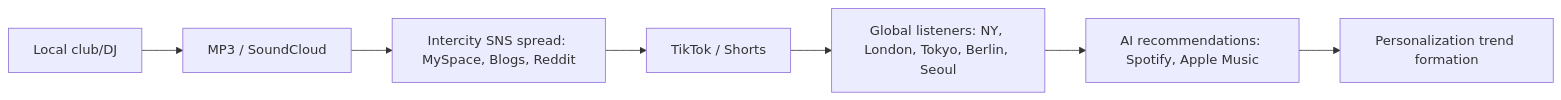
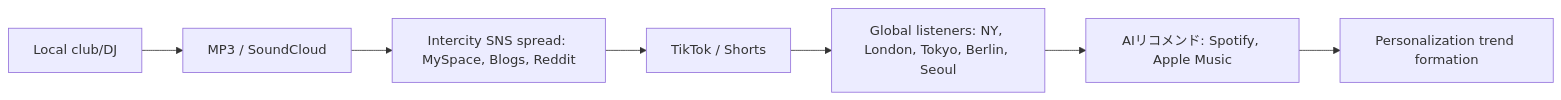
The second of 2 diagrams in en/_posts/2026-02-14-column-column-trends-internet-age.md (monumental-movement/monumental-movement.github.io), drawn with Mermaid before and after one commit. The commit also changed other lines of this file and 445 other files, not shown here.

```diff
--- a/en/_posts/2026-02-14-column-column-trends-internet-age.md
+++ b/en/_posts/2026-02-14-column-column-trends-internet-age.md
@@ -127,9 +127,9 @@
 <div class="mermaid">
 flowchart LR
     A[Local club/DJ] --> B[MP3 / SoundCloud]
     B --> C[Intercity SNS spread: MySpace, Blogs, Reddit]
     C --> D[TikTok / Shorts]
     D --> E[Global listeners: NY, London, Tokyo, Berlin, Seoul]
-    E --> F[AI recommendations: Spotify, Apple Music]
+    E --> F[AIリコメンド: Spotify, Apple Music]
     F --> G[Personalization trend formation]
 </div>
```
